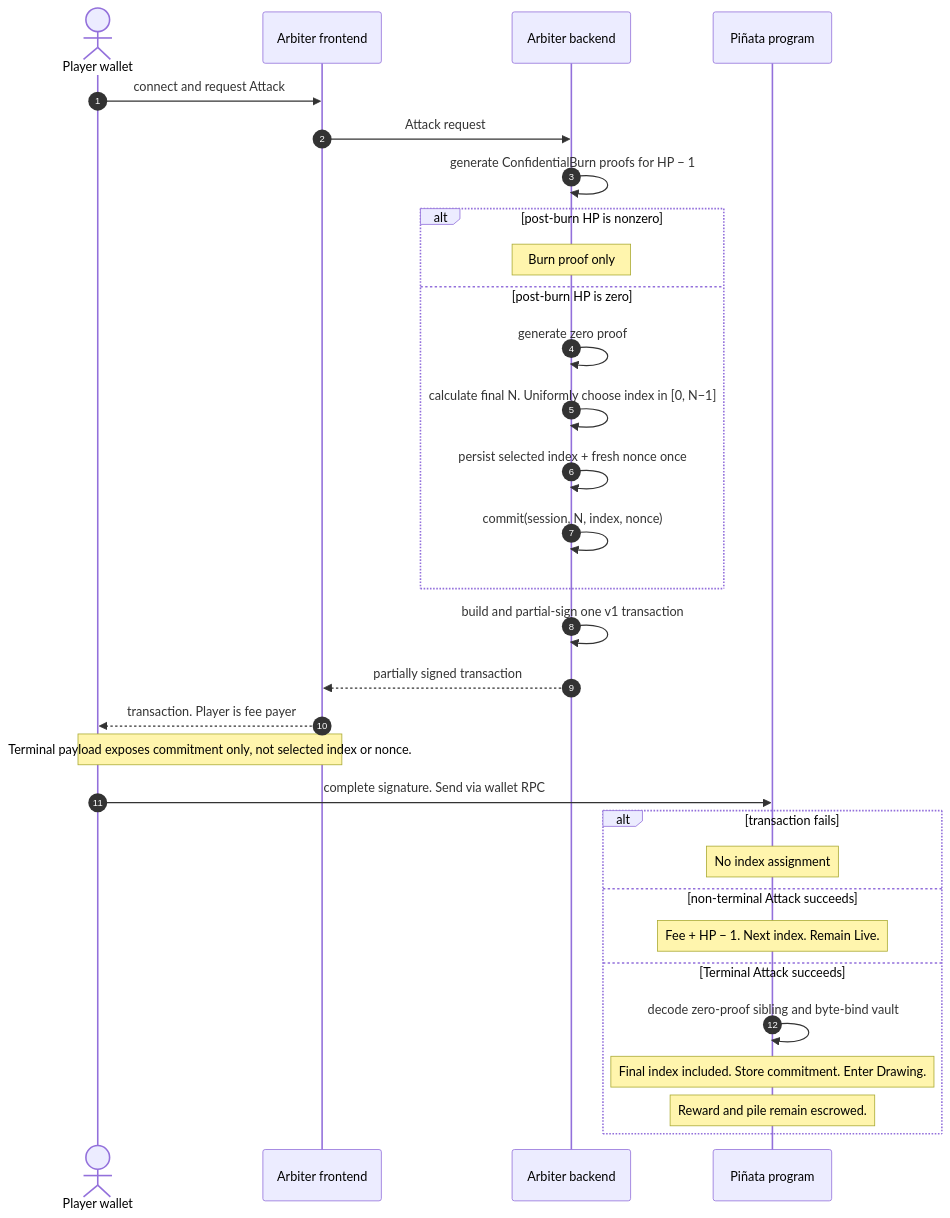
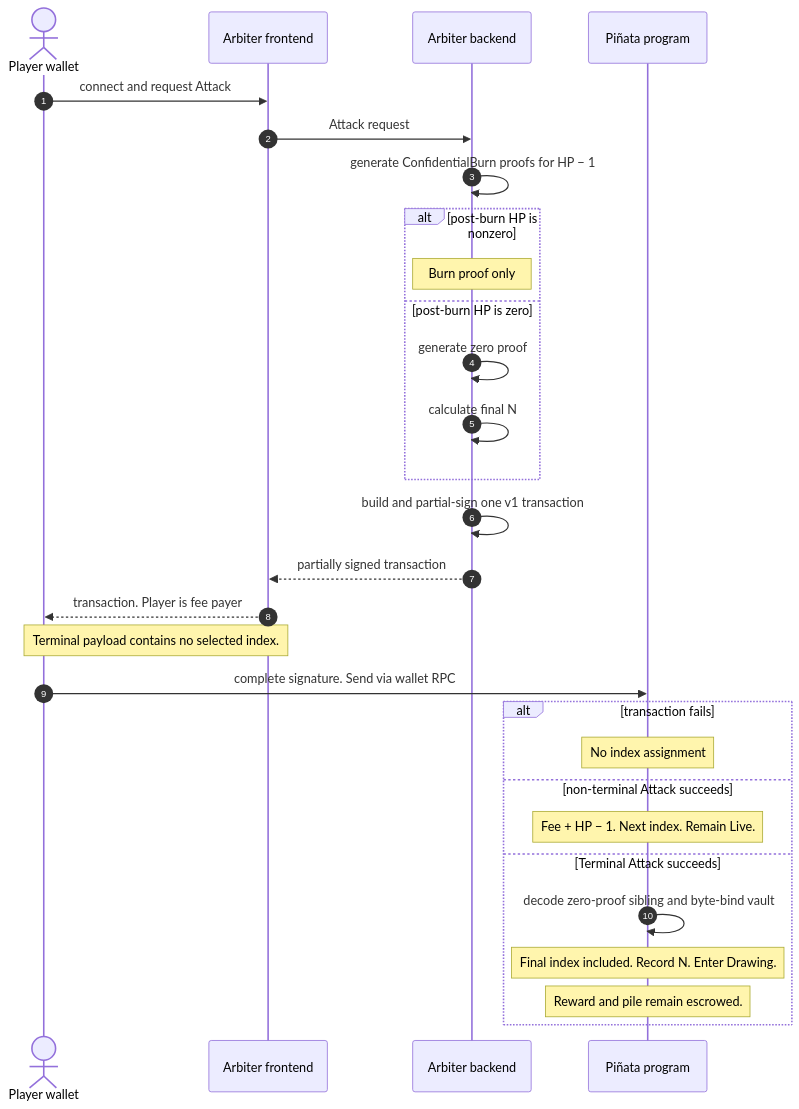
The second of 3 diagrams in docs/flows.md (kilogold/confidential-pinata), drawn with Mermaid before and after one commit. The commit also changed other lines of this file and 6 other files, not shown here.

````diff
--- a/docs/flows.md
+++ b/docs/flows.md
@@ -90,34 +90,32 @@
 ```mermaid
 sequenceDiagram
   autonumber
   actor Player as Player wallet
   participant FE as Arbiter frontend
   participant BE as Arbiter backend
   participant Prog as Piñata program
 
   Player->>FE: connect and request Attack
   FE->>BE: Attack request
   BE->>BE: generate ConfidentialBurn proofs for HP − 1
   alt post-burn HP is nonzero
     Note over BE: Burn proof only
   else post-burn HP is zero
     BE->>BE: generate zero proof
-    BE->>BE: calculate final N. Uniformly choose index in [0, N−1]
-    BE->>BE: persist selected index + fresh nonce once
-    BE->>BE: commit(session, N, index, nonce)
+    BE->>BE: calculate final N
   end
   BE->>BE: build and partial-sign one v1 transaction
   BE-->>FE: partially signed transaction
   FE-->>Player: transaction. Player is fee payer
-  Note over FE,Player: Terminal payload exposes commitment only, not selected index or nonce.
+  Note over FE,Player: Terminal payload contains no selected index.
   Player->>Prog: complete signature. Send via wallet RPC
   alt transaction fails
     Note over Prog: No index assignment
   else non-terminal Attack succeeds
     Note over Prog: Fee + HP − 1. Next index. Remain Live.
   else Terminal Attack succeeds
     Prog->>Prog: decode zero-proof sibling and byte-bind vault
-    Note over Prog: Final index included. Store commitment. Enter Drawing.
+    Note over Prog: Final index included. Record N. Enter Drawing.
     Note over Prog: Reward and pile remain escrowed.
   end
 ```
````
